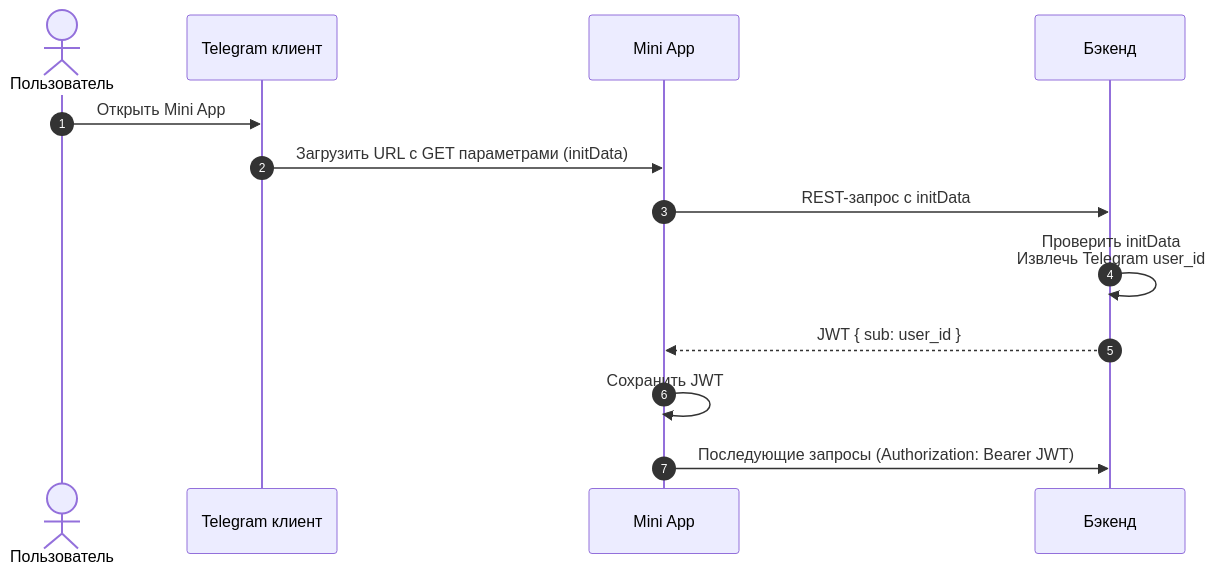
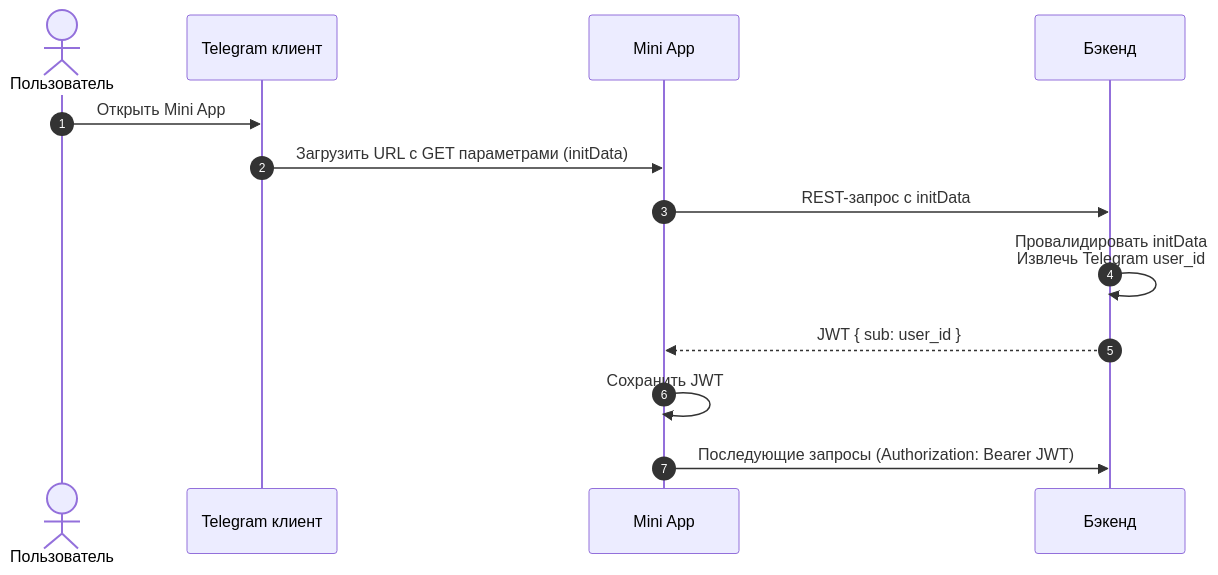
The diagram in business-analytics/functionality/authentication-and-authorization.md (it-mentor-community-platform/meta), drawn with Mermaid before and after one commit. The commit also changed other lines of this file, not shown here.

````diff
--- a/business-analytics/functionality/authentication-and-authorization.md
+++ b/business-analytics/functionality/authentication-and-authorization.md
@@ -21,16 +21,16 @@
 ```mermaid
 sequenceDiagram
 autonumber
 actor U as Пользователь
 participant T as Telegram клиент
 participant F as Mini App
 participant B as Бэкенд
 
 U->>T: Открыть Mini App
 T->>F: Загрузить URL с GET параметрами (initData)
 F->>B: REST-запрос с initData
-B->>B: Проверить initData<br/>Извлечь Telegram user_id
+B->>B: Провалидировать initData<br/>Извлечь Telegram user_id
 B-->>F: JWT { sub: user_id }
 F->>F: Сохранить JWT
 F->>B: Последующие запросы (Authorization: Bearer JWT)
 ```
````
